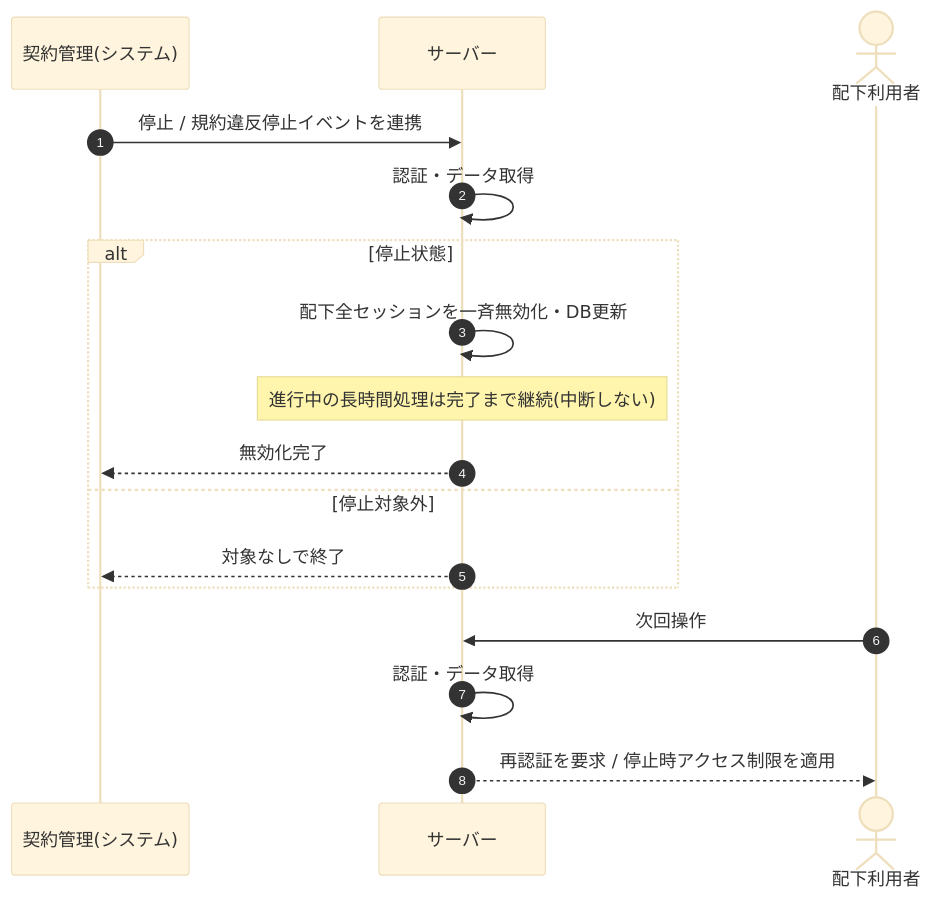
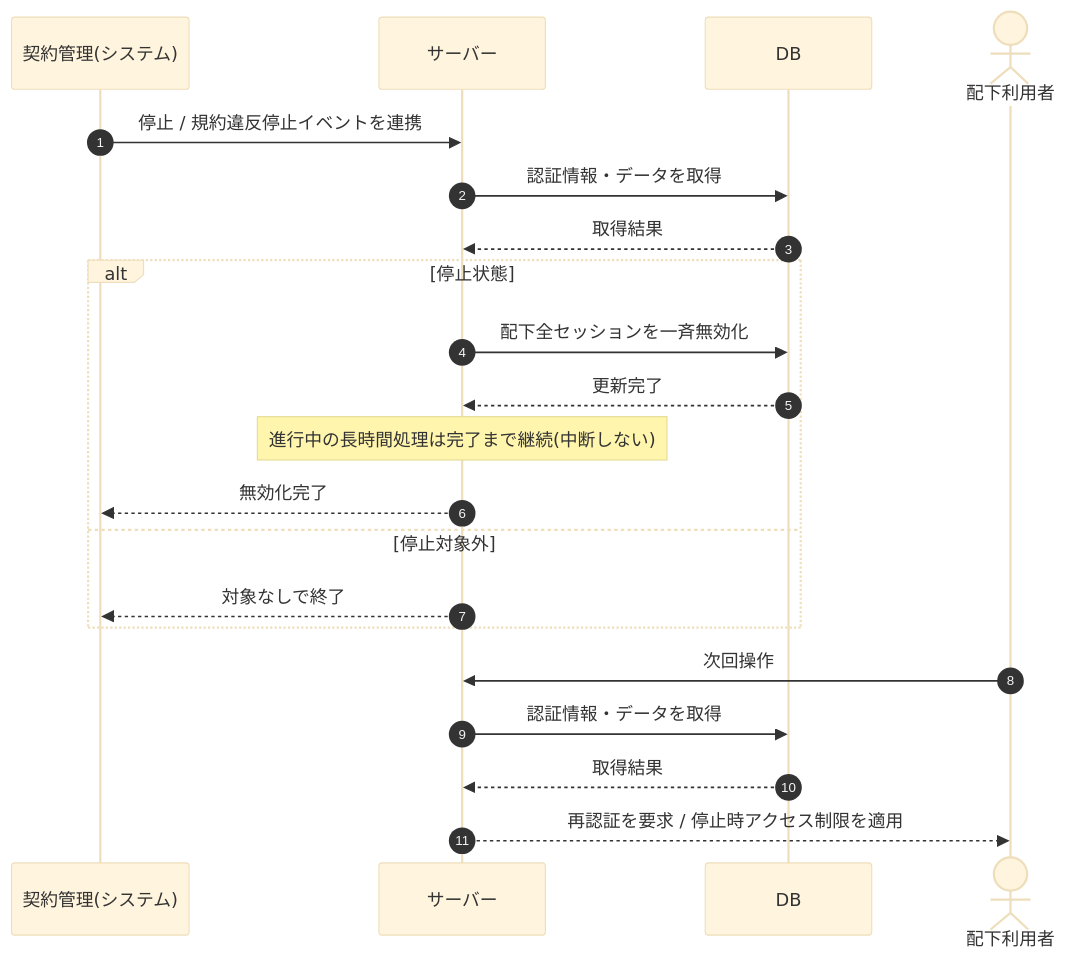
One commit to sikakou54/open-faq changed the diagram in 02_basic_design/03_sequences/SEQ-104.md. Above: the diagram before and after it, drawn with Mermaid (base theme). The commit also changed other lines of this file and 122 other files, not shown here.

First line of the commit message:
シーケンス図に DB アクターを追加(DB 操作をサーバー自己メッセージから分離)

````diff
--- a/02_basic_design/03_sequences/SEQ-104.md
+++ b/02_basic_design/03_sequences/SEQ-104.md
@@ -26,19 +26,23 @@
 ```mermaid
 sequenceDiagram
   autonumber
   participant OP as 契約管理(システム)
   participant Server as サーバー
+  participant DB as DB
   actor U as 配下利用者
   OP->>Server: 停止 / 規約違反停止イベントを連携
-  Server->>Server: 認証・データ取得
+  Server->>DB: 認証情報・データを取得
+  DB-->>Server: 取得結果
   alt 停止状態
-    Server->>Server: 配下全セッションを一斉無効化・DB更新
+    Server->>DB: 配下全セッションを一斉無効化
+    DB-->>Server: 更新完了
     Note over Server: 進行中の長時間処理は完了まで継続(中断しない)
     Server-->>OP: 無効化完了
   else 停止対象外
     Server-->>OP: 対象なしで終了
   end
   U->>Server: 次回操作
-  Server->>Server: 認証・データ取得
+  Server->>DB: 認証情報・データを取得
+  DB-->>Server: 取得結果
   Server-->>U: 再認証を要求 / 停止時アクセス制限を適用
 ```
````
